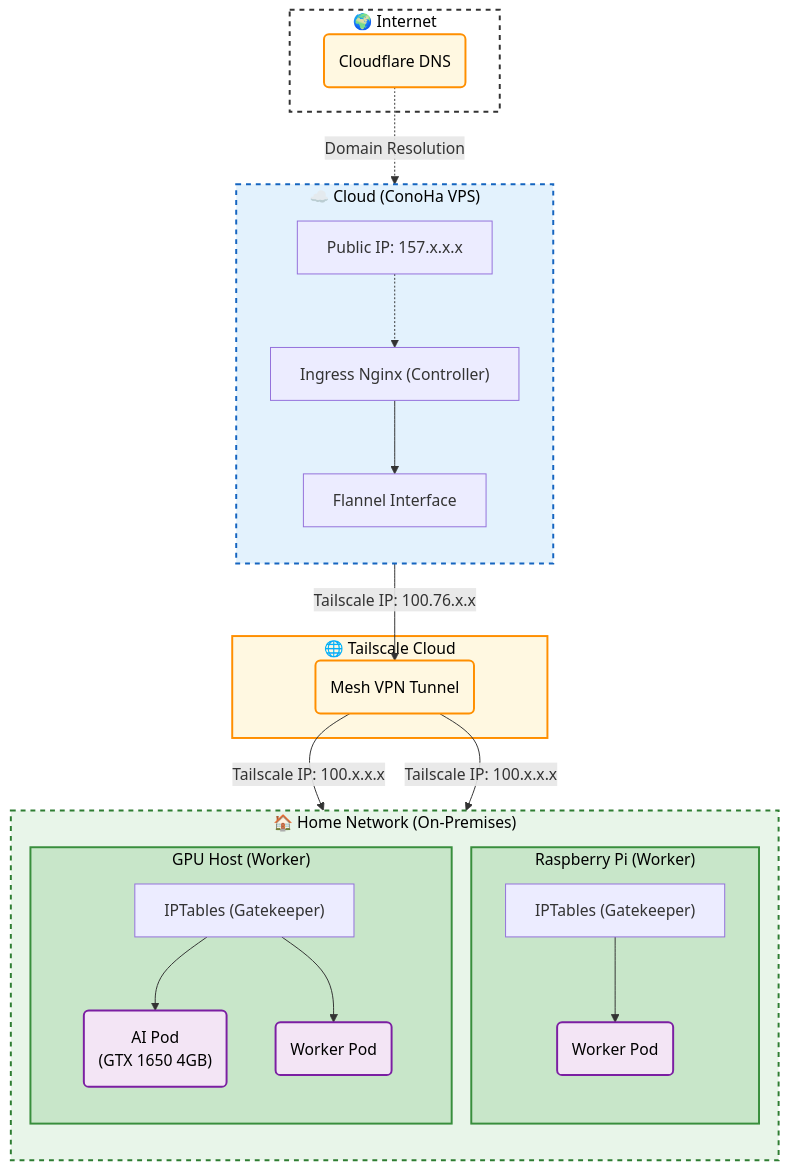
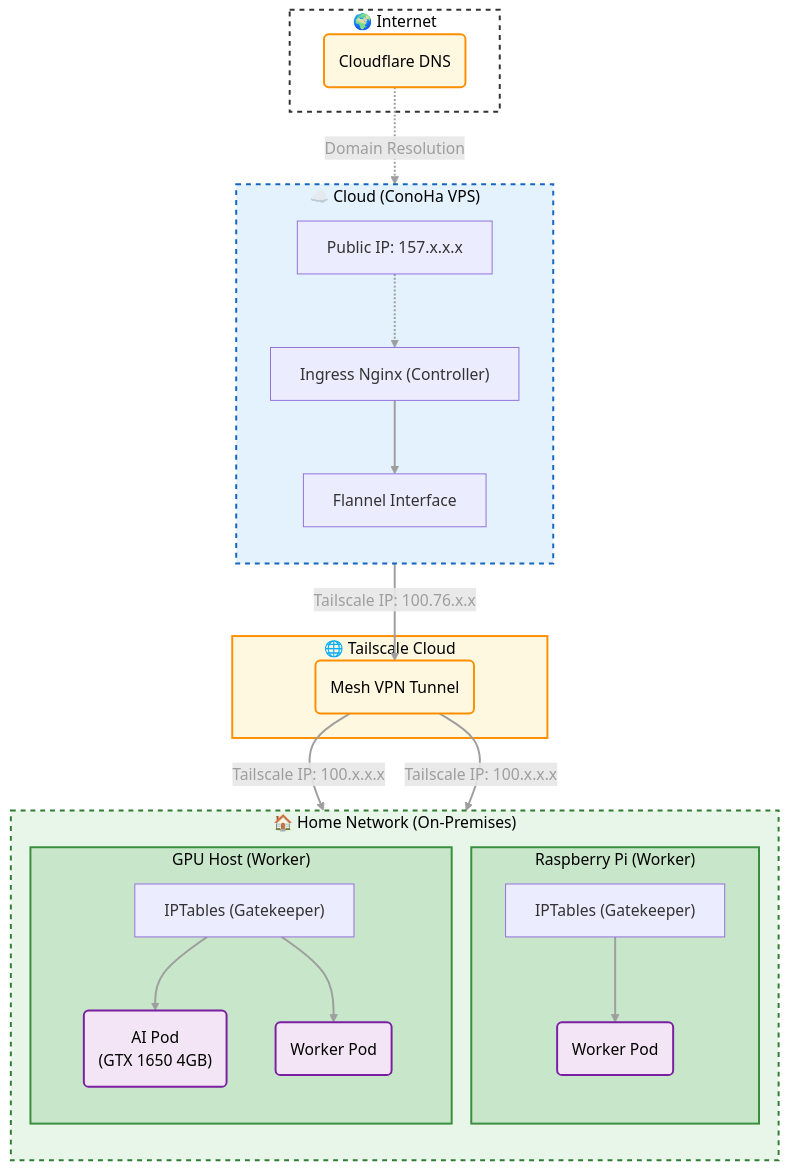
One commit to Takayio/k3s-guideline changed the diagram in README.md. Above: the diagram before and after it, drawn with Mermaid.

Commit message:
style: fix mermaid link visibility for github dark mode

````diff
--- a/README.md
+++ b/README.md
@@ -11,63 +11,66 @@
 ```mermaid
 graph TD
   %% --- Default Node Styling ---
   classDef podNode fill:#f3e5f5,stroke:#7b1fa2,stroke-width:2px,color:#000
   classDef epsNode fill:#fff8e1,stroke:#ff8f00,stroke-width:2px,color:#000
 
   %% --- 1. Cloud Infrastructure ---
   subgraph Public ["🌍 Internet"]
     CF_DNS("Cloudflare DNS")
   end
 
   subgraph Cloud ["☁️ Cloud (ConoHa VPS)"]
     direction TB
     C_Ext["Public IP: 157.x.x.x"]
     Controller["Ingress Nginx (Controller)"]
     Flannel["Flannel Interface"]
 
     CF_DNS -. "Domain Resolution" .-> C_Ext
     C_Ext -.-> Controller
     Controller --> Flannel
   end
 
   %% --- 2. VPN Tunnel ---
   subgraph VPN ["🌐 Tailscale Cloud"]
     Tunnel("Mesh VPN Tunnel")
   end
 
   %% --- 3. Home Infrastructure ---
   subgraph Home ["🏠 Home Network (On-Premises)"]
     direction TB
 
     subgraph Pi ["Raspberry Pi (Worker)"]
       R_Route["IPTables (Gatekeeper)"]
       R_Pod("Worker Pod")
       R_Route --> R_Pod
     end
 
     subgraph GPU ["GPU Host (Worker)"]
       G_Route["IPTables (Gatekeeper)"]
       G_AIPod("AI Pod<br>(GTX 1650 4GB)")
       G_Worker("Worker Pod")
 
       G_Route --> G_AIPod
       G_Route --> G_Worker
     end
   end
 
   %% --- Traffic Flow ---
   Flannel -- "Tailscale IP: 100.76.x.x" --> Tunnel
   Tunnel -- "Tailscale IP: 100.x.x.x" --> R_Route
   Tunnel -- "Tailscale IP: 100.x.x.x" --> G_Route
 
   %% --- Node Classes & Subgroup Coloring ---
   class Tunnel,CF_DNS epsNode;
   class R_Pod,G_AIPod,G_Worker podNode;
 
+  %% --- Global Link Styling (For Dark Mode Visibility) ---
+  linkStyle default stroke:#9e9e9e,stroke-width:2px,color:#9e9e9e
+
   style Public fill:#ffffff,stroke:#333,stroke-width:2px,color:#000,stroke-dasharray: 5 5
   style Cloud fill:#e3f2fd,stroke:#1565c0,stroke-width:2px,color:#000,stroke-dasharray: 5 5
   style VPN fill:#fff8e1,stroke:#ff8f00,stroke-width:2px,color:#000
   style Home fill:#e8f5e9,stroke:#2e7d32,stroke-width:2px,color:#000,stroke-dasharray: 5 5
   style Pi fill:#c8e6c9,stroke:#388e3c,stroke-width:2px,color:#000
   style GPU fill:#c8e6c9,stroke:#388e3c,stroke-width:2px,color:#000
 ```
````
